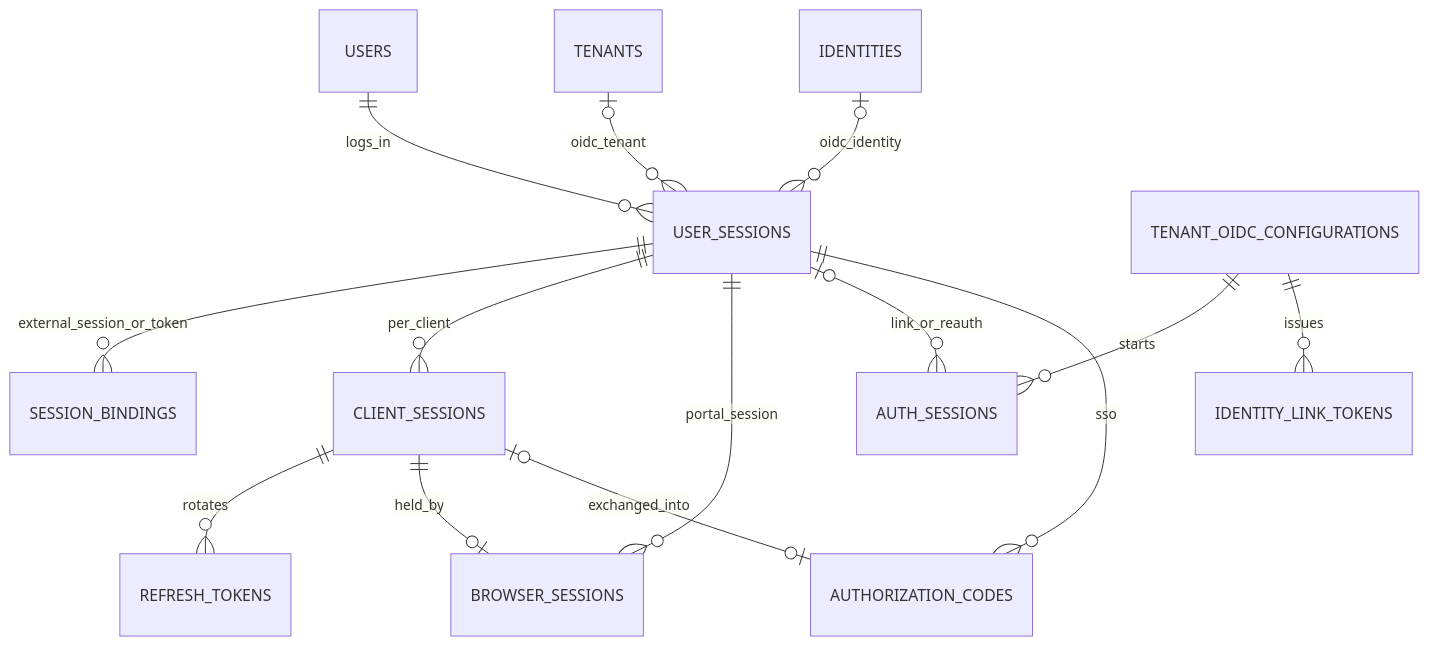
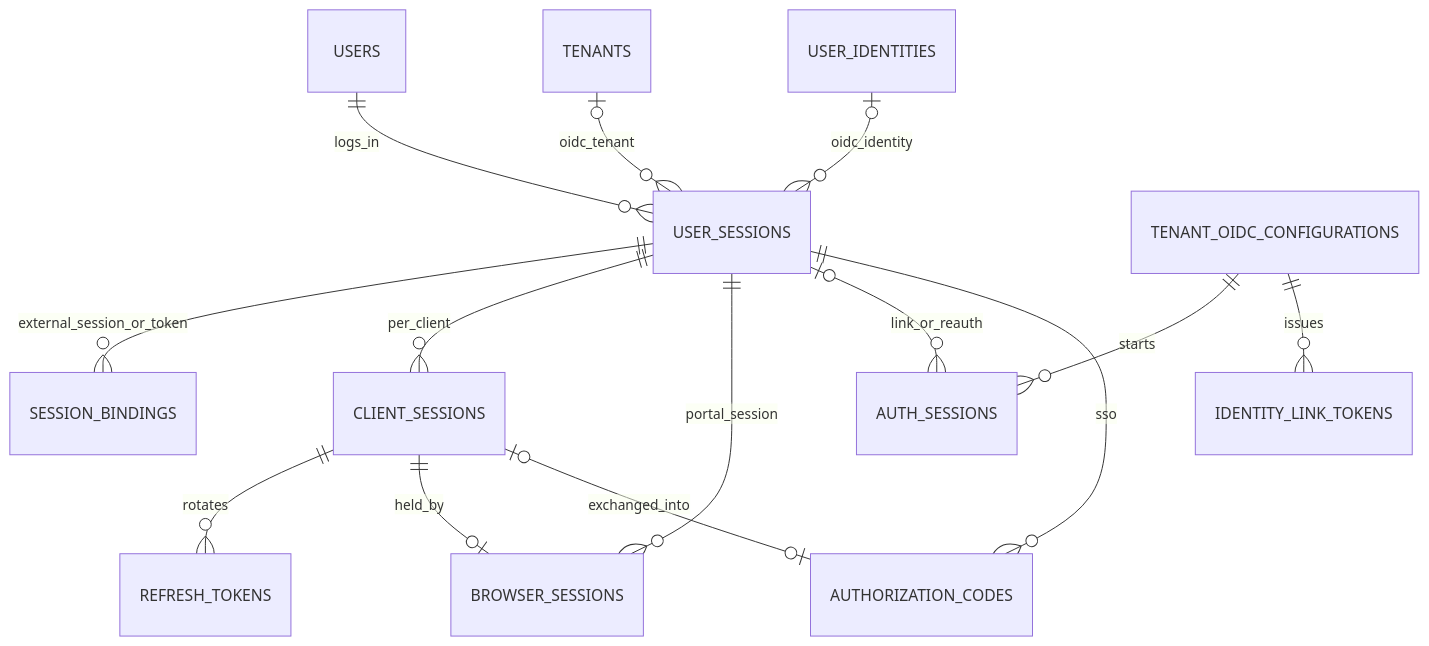
Before and after one commit to hyoungsookim/passport: the second of 2 diagrams in docs/DB_MODEL.md, drawn with Mermaid. The commit also changed other lines of this file and 3 other files, not shown here.

Commit message:
feat: Rename 'identities' table to 'user_identities' and update related constraints and tests

````diff
--- a/docs/DB_MODEL.md
+++ b/docs/DB_MODEL.md
@@ -141,16 +141,16 @@
 ```mermaid
 erDiagram
     USERS ||--o{ USER_SESSIONS : logs_in
     TENANTS |o--o{ USER_SESSIONS : oidc_tenant
-    IDENTITIES |o--o{ USER_SESSIONS : oidc_identity
+    USER_IDENTITIES |o--o{ USER_SESSIONS : oidc_identity
     USER_SESSIONS ||--o{ SESSION_BINDINGS : external_session_or_token
     USER_SESSIONS ||--o{ CLIENT_SESSIONS : per_client
     CLIENT_SESSIONS ||--o{ REFRESH_TOKENS : rotates
     USER_SESSIONS ||--o{ BROWSER_SESSIONS : portal_session
     CLIENT_SESSIONS ||--o| BROWSER_SESSIONS : held_by
     TENANT_OIDC_CONFIGURATIONS ||--o{ AUTH_SESSIONS : starts
     USER_SESSIONS |o--o{ AUTH_SESSIONS : link_or_reauth
     TENANT_OIDC_CONFIGURATIONS ||--o{ IDENTITY_LINK_TOKENS : issues
     USER_SESSIONS ||--o{ AUTHORIZATION_CODES : sso
     CLIENT_SESSIONS |o--o| AUTHORIZATION_CODES : exchanged_into
 ```
````
